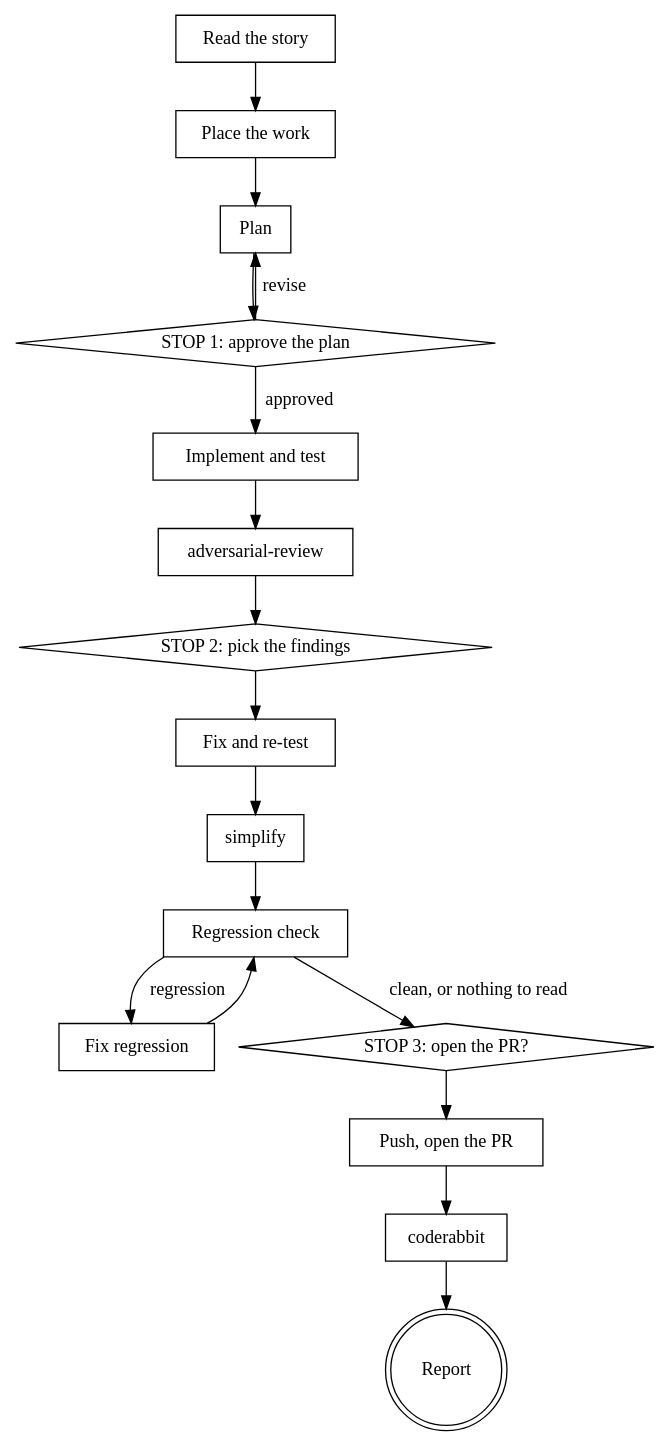
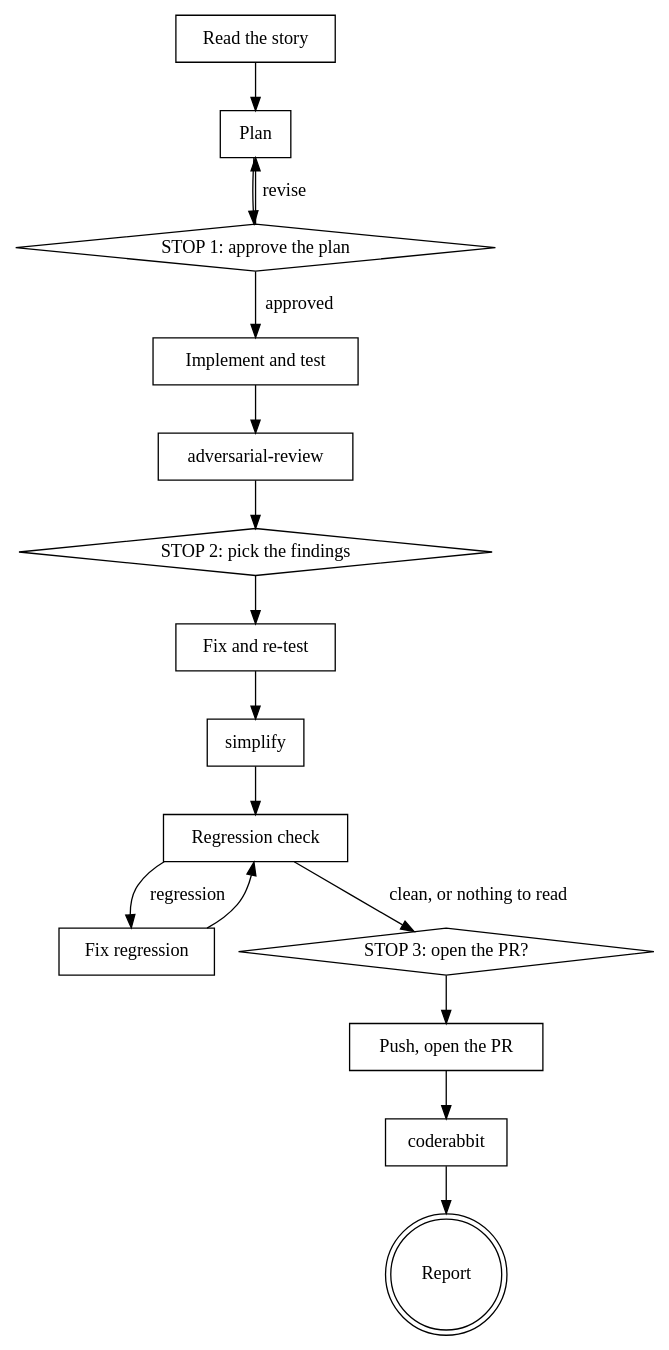
The diagram in claude/skills/story/SKILL.md (nono/dotfiles), drawn with Graphviz before and after one commit. The commit also changed other lines of this file and 5 other files, not shown here.

````diff
--- a/claude/skills/story/SKILL.md
+++ b/claude/skills/story/SKILL.md
@@ -14,29 +14,28 @@
 ```dot
 digraph story {
     "Read the story" [shape=box];
-    "Place the work" [shape=box];
     "Plan" [shape=box];
     "STOP 1: approve the plan" [shape=diamond];
     "Implement and test" [shape=box];
     "adversarial-review" [shape=box];
     "STOP 2: pick the findings" [shape=diamond];
     "Fix and re-test" [shape=box];
     "simplify" [shape=box];
     "Regression check" [shape=box];
     "Fix regression" [shape=box];
     "STOP 3: open the PR?" [shape=diamond];
     "Push, open the PR" [shape=box];
     "coderabbit" [shape=box];
     "Report" [shape=doublecircle];
 
-    "Read the story" -> "Place the work" -> "Plan" -> "STOP 1: approve the plan";
+    "Read the story" -> "Plan" -> "STOP 1: approve the plan";
     "STOP 1: approve the plan" -> "Plan" [label="revise"];
     "STOP 1: approve the plan" -> "Implement and test" [label="approved"];
     "Implement and test" -> "adversarial-review" -> "STOP 2: pick the findings";
     "STOP 2: pick the findings" -> "Fix and re-test" -> "simplify" -> "Regression check";
     "Regression check" -> "Fix regression" [label="regression"];
     "Fix regression" -> "Regression check";
     "Regression check" -> "STOP 3: open the PR?" [label="clean, or nothing to read"];
     "STOP 3: open the PR?" -> "Push, open the PR" -> "coderabbit" -> "Report";
 }
 ```
````
